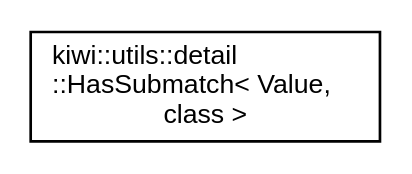
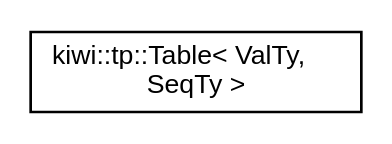
The diagram in inherit_graph_52.dot (bab2min/Kiwi), drawn with Graphviz before and after one commit. The commit also changed 205 other files, not shown here.

```diff
--- a/inherit_graph_52.dot
+++ b/inherit_graph_52.dot
@@ -1,8 +1,8 @@
 digraph "Graphical Class Hierarchy"
 {
  // LATEX_PDF_SIZE
   edge [fontname="Helvetica",fontsize="10",labelfontname="Helvetica",labelfontsize="10"];
   node [fontname="Helvetica",fontsize="10",shape=record];
   rankdir="LR";
-  Node0 [label="kiwi::utils::detail\l::HasSubmatch\< Value,\l class \>",height=0.2,width=0.4,color="black", fillcolor="white", style="filled",URL="$structkiwi_1_1utils_1_1detail_1_1HasSubmatch.html",tooltip=" "];
+  Node0 [label="kiwi::tp::Table\< ValTy,\l SeqTy \>",height=0.2,width=0.4,color="black", fillcolor="white", style="filled",URL="$classkiwi_1_1tp_1_1Table.html",tooltip=" "];
 }
```
